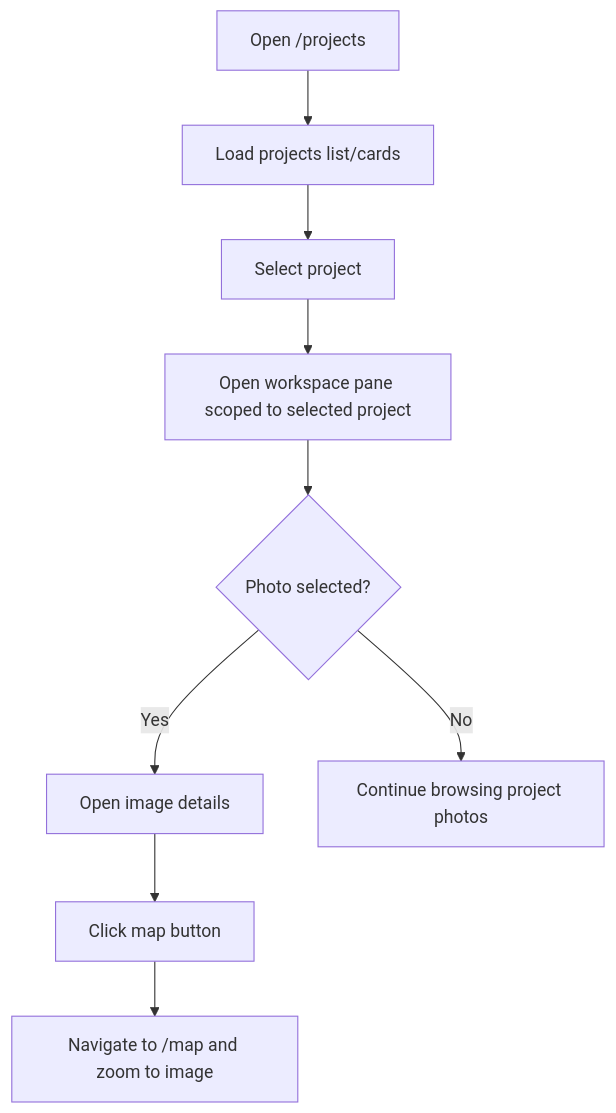
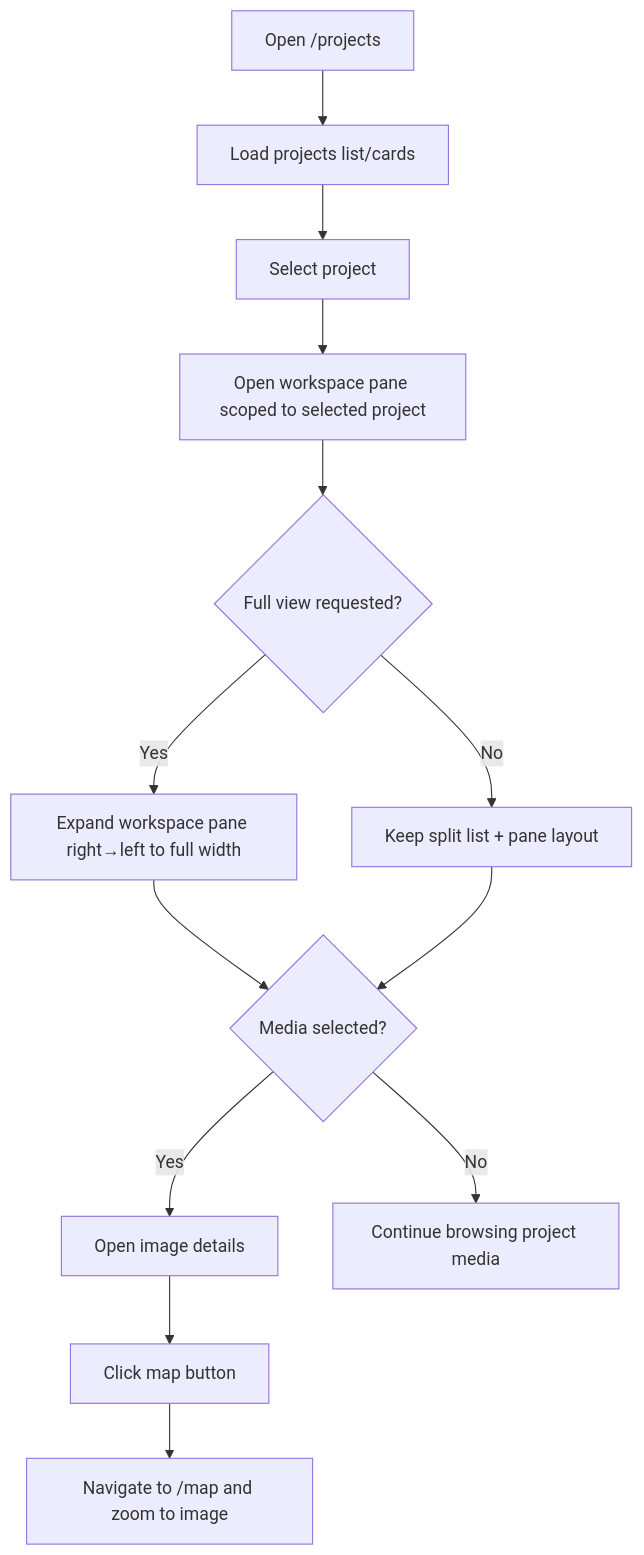
The first of 5 diagrams in docs/element-specs/project-details-view.md (matkleve/feldpost), drawn with Mermaid before and after one commit. The commit also changed other lines of this file and 31 other files, not shown here.

````diff
--- a/docs/element-specs/project-details-view.md
+++ b/docs/element-specs/project-details-view.md
@@ -32,11 +37,15 @@
 ```mermaid
 flowchart TD
     A[Open /projects] --> B[Load projects list/cards]
     B --> C[Select project]
     C --> D[Open workspace pane scoped to selected project]
-    D --> E{Photo selected?}
-    E -- Yes --> F[Open image details]
-    F --> G[Click map button]
-    G --> H[Navigate to /map and zoom to image]
-    E -- No --> I[Continue browsing project photos]
+    D --> E{Full view requested?}
+    E -- Yes --> F[Expand workspace pane right→left to full width]
+    E -- No --> G[Keep split list + pane layout]
+    F --> H{Media selected?}
+    G --> H
+    H -- Yes --> I[Open image details]
+    I --> J[Click map button]
+    J --> K[Navigate to /map and zoom to image]
+    H -- No --> L[Continue browsing project media]
 ```
````
